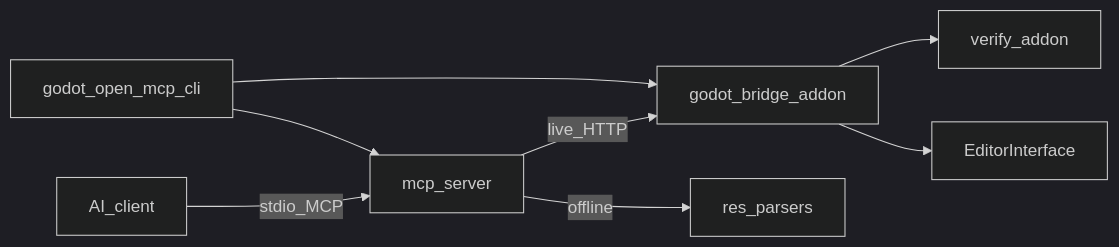
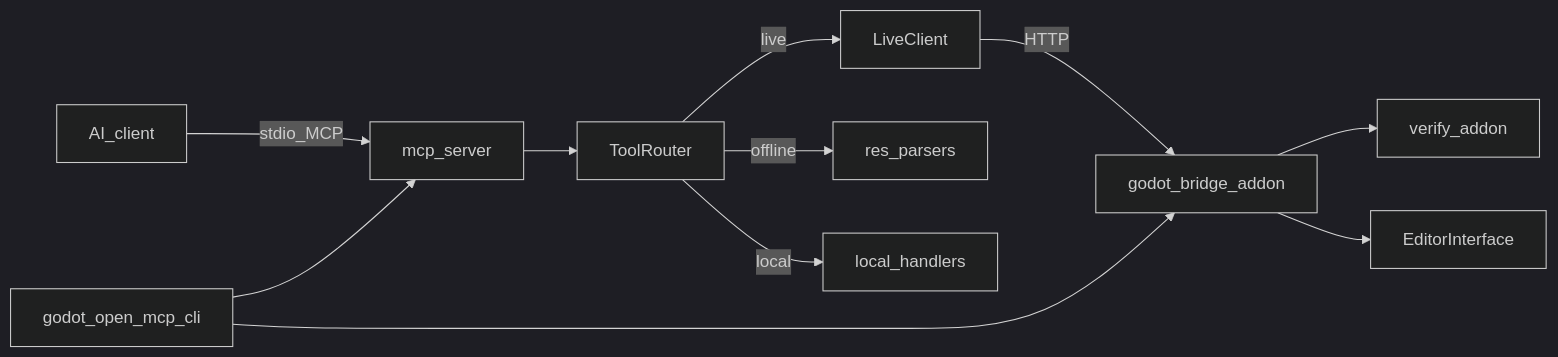
Before and after one commit to AlexeyPerov/Godot-Open-MCP: the diagram in docs/architecture.md, drawn with Mermaid (dark theme). The commit also changed other lines of this file and 8 other files, not shown here.

````diff
--- a/docs/architecture.md
+++ b/docs/architecture.md
@@ -32,10 +32,13 @@
 ```mermaid
 flowchart LR
   AIClient[AI_client] -->|stdio_MCP| McpServer[mcp_server]
-  McpServer -->|live_HTTP| Bridge[godot_bridge_addon]
-  McpServer -->|offline| DiskReaders[res_parsers]
+  McpServer --> Router[ToolRouter]
+  Router -->|live| LiveClient[LiveClient]
+  LiveClient -->|HTTP| Bridge[godot_bridge_addon]
+  Router -->|offline| DiskReaders[res_parsers]
+  Router -->|local| LocalHandlers[local_handlers]
   Bridge --> Verify[verify_addon]
   Bridge --> GodotEditor[EditorInterface]
   Cli[godot_open_mcp_cli] --> McpServer
   Cli --> Bridge
 ```
````
